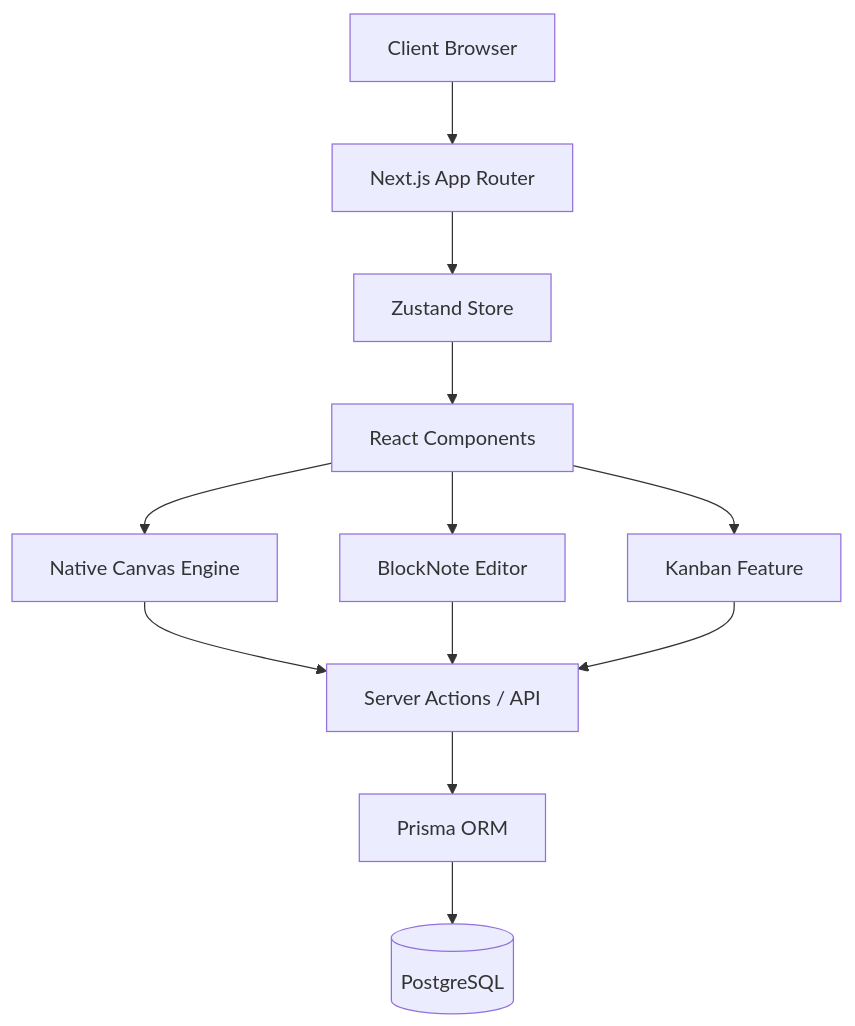
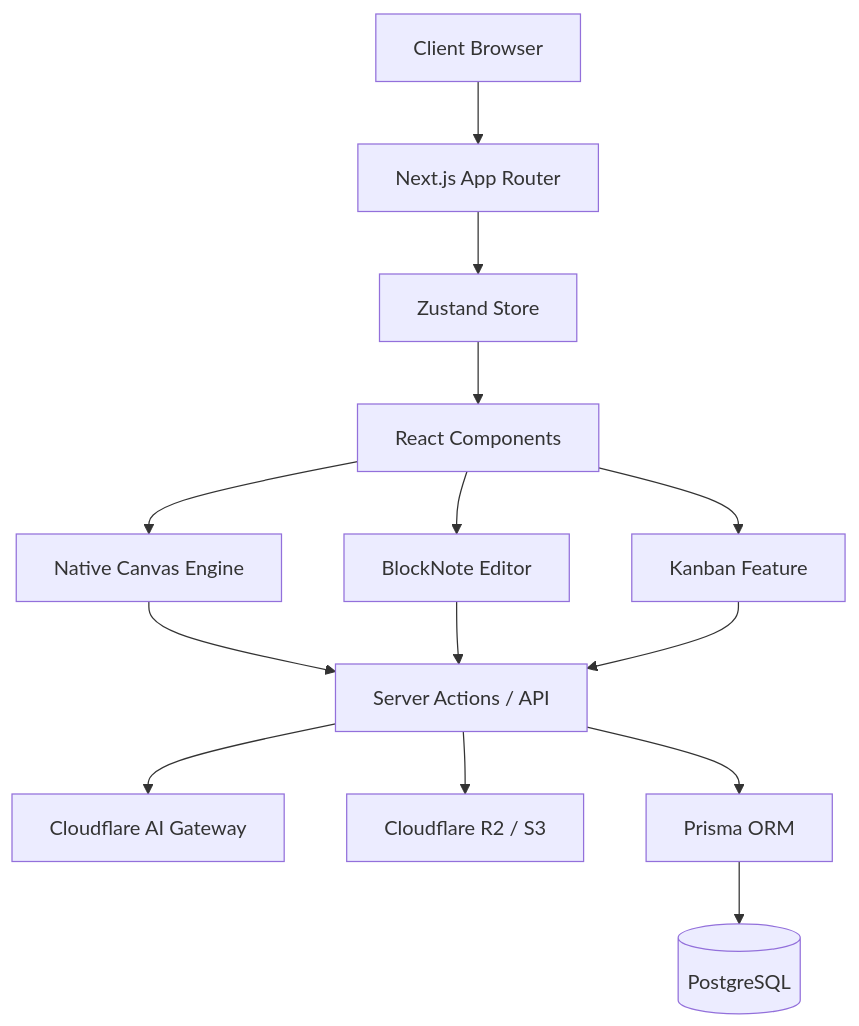
The diagram in README.md (lwshakib/rethink-zone), drawn with Mermaid before and after one commit. The commit also changed other lines of this file and 1 other file, not shown here.

Commit message:
docs: update contribution guidelines and project documentation to reflect new service architecture and storage infrastructure setup

````diff
--- a/README.md
+++ b/README.md
@@ -103,16 +105,18 @@
 ```mermaid
 flowchart TD
     User[Client Browser] --> NextApp[Next.js App Router]
     NextApp --> Zustand[Zustand Store]
     Zustand --> UI[React Components]
     UI --> Canvas[Native Canvas Engine]
     UI --> Editor[BlockNote Editor]
     UI --> Kanban[Kanban Feature]
 
     Canvas --> Actions[Server Actions / API]
     Editor --> Actions
     Kanban --> Actions
 
+    Actions --> AI[Cloudflare AI Gateway]
+    Actions --> S3[Cloudflare R2 / S3]
     Actions --> Prisma[Prisma ORM]
     Prisma --> DB[(PostgreSQL)]
 ```
````
